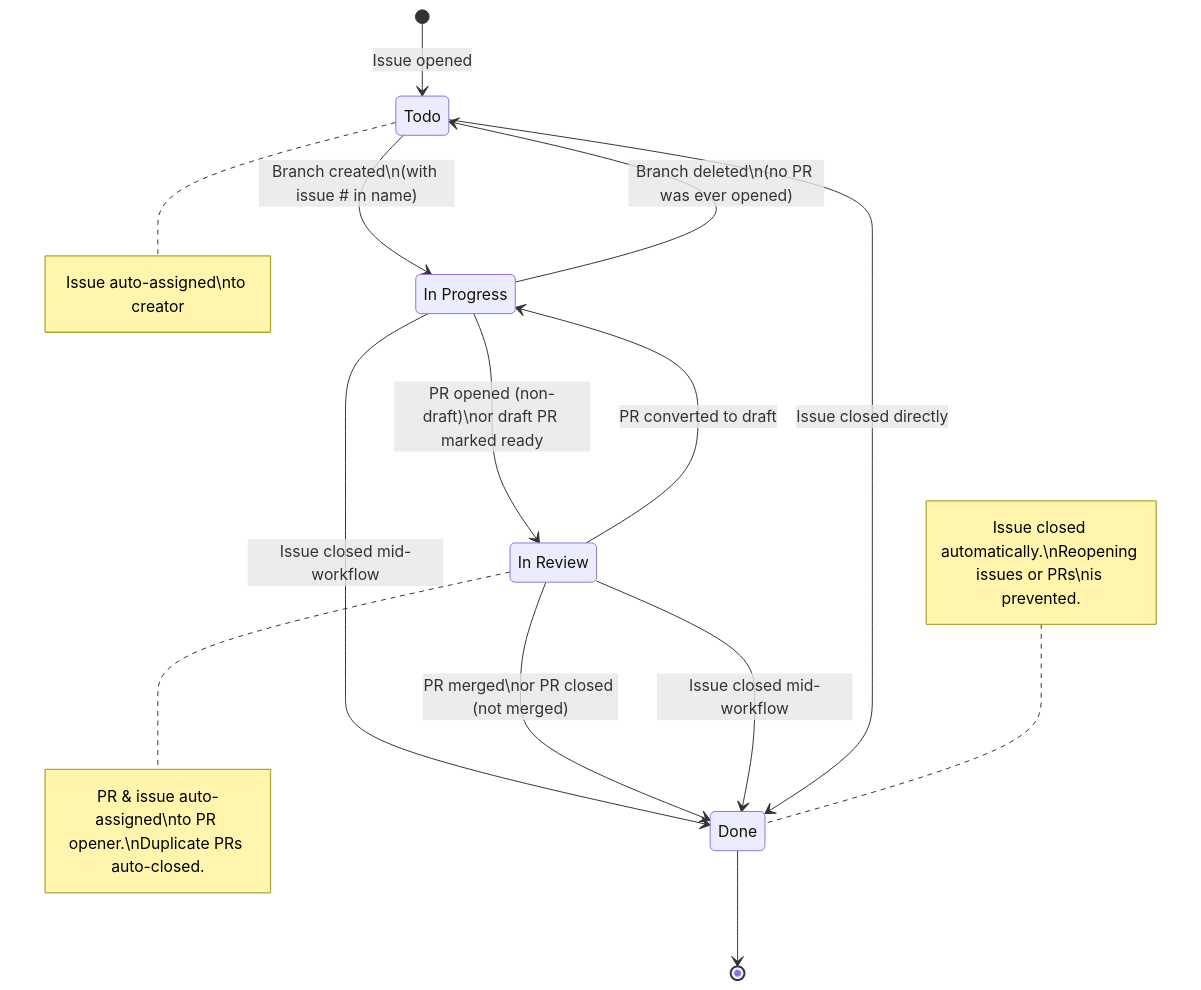
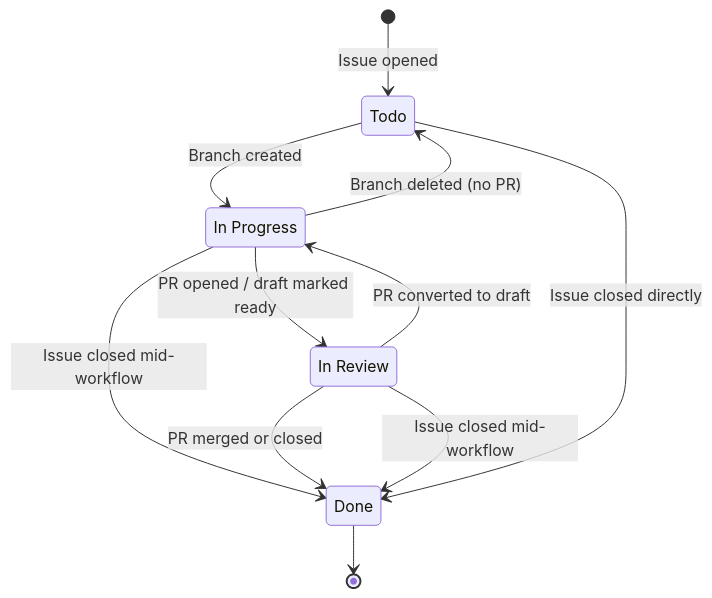
The diagram in README.md (speakifyLK/speakify), drawn with Mermaid before and after one commit.

Commit message:
Update workflow state diagram in README for clarity and conciseness

````diff
--- a/README.md
+++ b/README.md
@@ -37,27 +37,23 @@
 ```mermaid
 stateDiagram-v2
     [*] --> Todo : Issue opened
 
-    Todo --> InProgress : Branch created\n(with issue # in name)
+    Todo --> InProgress : Branch created
     
-    InProgress --> InReview : PR opened (non-draft)\nor draft PR marked ready
-    InProgress --> Todo : Branch deleted\n(no PR was ever opened)
+    InProgress --> InReview : PR opened / draft marked ready
+    InProgress --> Todo : Branch deleted (no PR)
     InProgress --> Done : Issue closed mid-workflow
     
     InReview --> InProgress : PR converted to draft
-    InReview --> Done : PR merged\nor PR closed (not merged)
+    InReview --> Done : PR merged or closed
     InReview --> Done : Issue closed mid-workflow
     
     Todo --> Done : Issue closed directly
 
     Done --> [*]
 
     state "Todo" as Todo
     state "In Progress" as InProgress
     state "In Review" as InReview
     state "Done" as Done
-
-    note right of Todo : Issue auto-assigned\nto creator
-    note right of InReview : PR & issue auto-assigned\nto PR opener.\nDuplicate PRs auto-closed.
-    note left of Done : Issue closed automatically.\nReopening issues or PRs\nis prevented.
 ```
````
